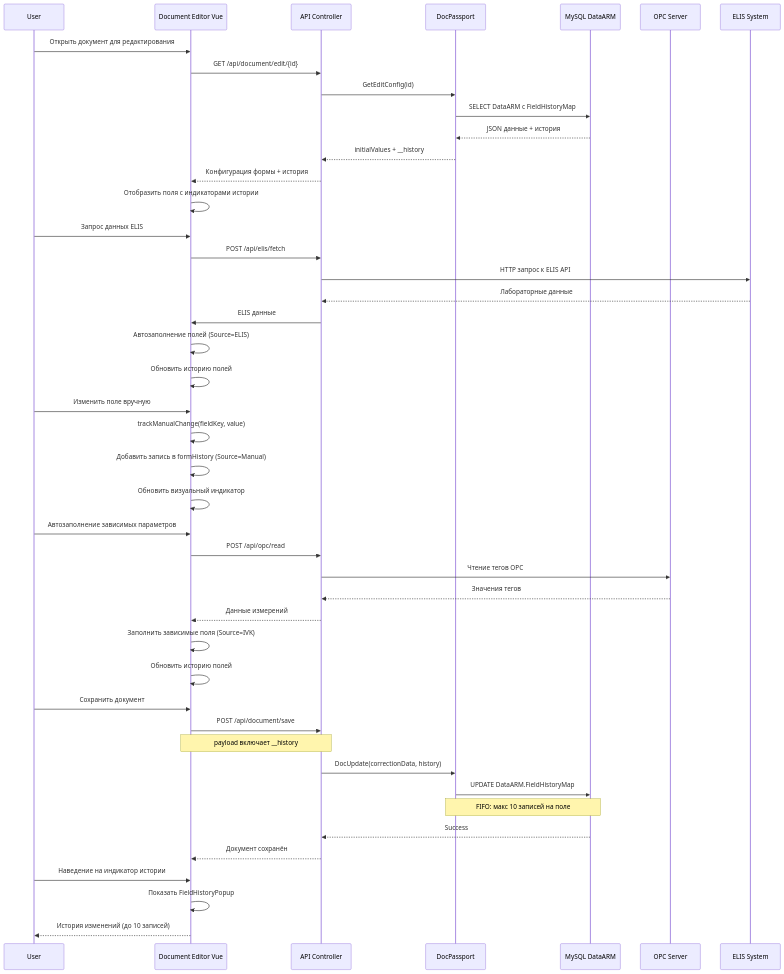
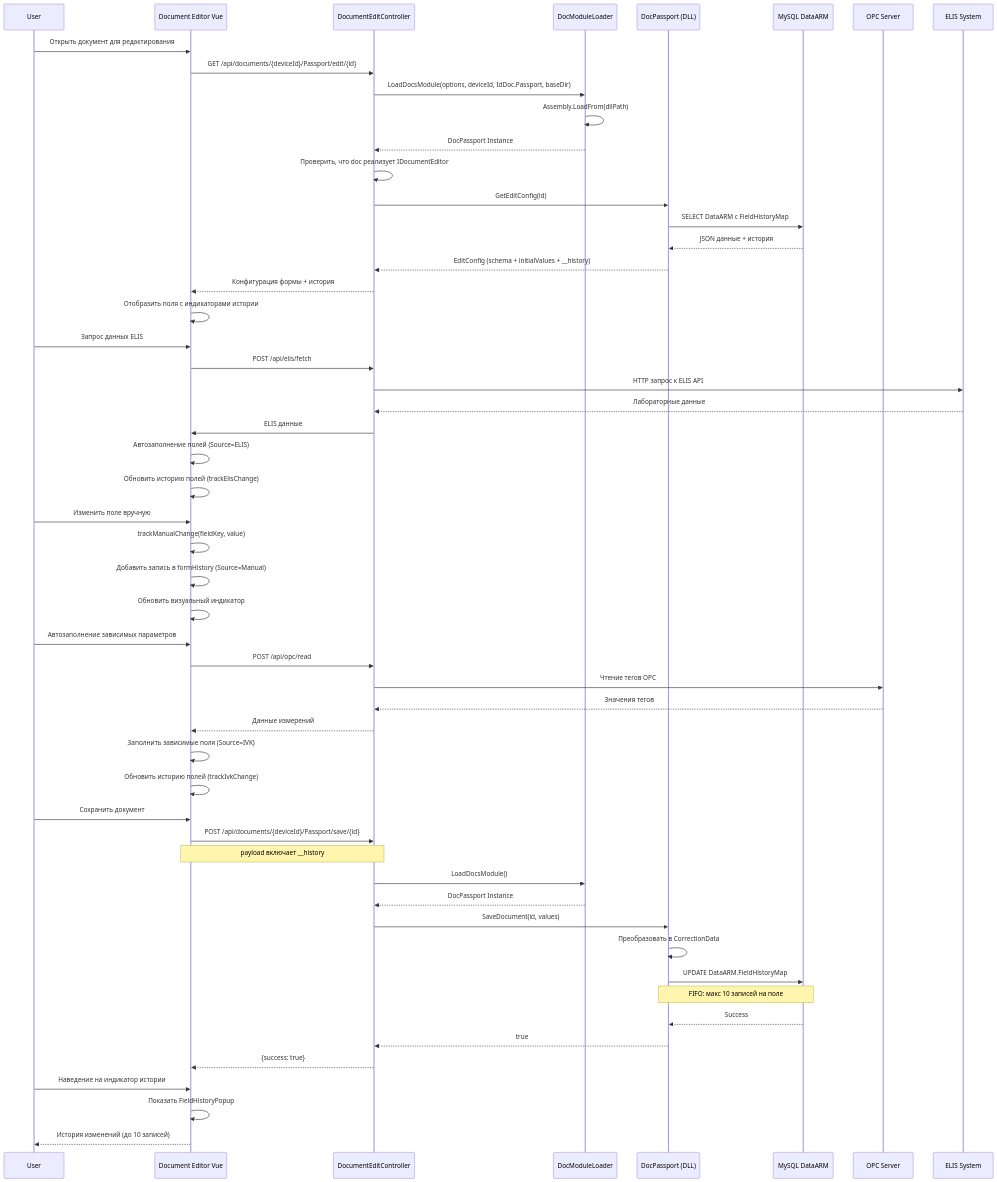
Before and after one commit to tn-ivk/tn-doc: the ninth of 18 diagrams in docs/architecture/overview.md, drawn with Mermaid. The commit also changed other lines of this file, not shown here.

First line of the commit message:
Актуализация архитектурной документации: устранены устаревшие ссылки на DocFactory и SignalR в Document Editor

````diff
--- a/docs/architecture/overview.md
+++ b/docs/architecture/overview.md
@@ -359,54 +405,63 @@
 ```mermaid
 sequenceDiagram
     participant User
     participant Editor as Document Editor Vue
-    participant API as API Controller
-    participant DocModule as DocPassport
+    participant API as DocumentEditController
+    participant DocModuleLoader
+    participant DocModule as DocPassport (DLL)
     participant DB as MySQL DataARM
     participant OPC as OPC Server
     participant ELIS as ELIS System
 
     User->>Editor: Открыть документ для редактирования
-    Editor->>API: GET /api/document/edit/{id}
+    Editor->>API: GET /api/documents/{deviceId}/Passport/edit/{id}
+    API->>DocModuleLoader: LoadDocsModule(options, deviceId, IdDoc.Passport, baseDir)
+    DocModuleLoader->>DocModuleLoader: Assembly.LoadFrom(dllPath)
+    DocModuleLoader-->>API: DocPassport Instance
+    API->>API: Проверить, что doc реализует IDocumentEditor
     API->>DocModule: GetEditConfig(id)
     DocModule->>DB: SELECT DataARM с FieldHistoryMap
     DB-->>DocModule: JSON данные + история
-    DocModule-->>API: initialValues + __history
+    DocModule-->>API: EditConfig (schema + initialValues + __history)
     API-->>Editor: Конфигурация формы + история
 
     Editor->>Editor: Отобразить поля с индикаторами истории
 
     User->>Editor: Запрос данных ELIS
     Editor->>API: POST /api/elis/fetch
     API->>ELIS: HTTP запрос к ELIS API
     ELIS-->>API: Лабораторные данные
     API->>Editor: ELIS данные
     Editor->>Editor: Автозаполнение полей (Source=ELIS)
-    Editor->>Editor: Обновить историю полей
+    Editor->>Editor: Обновить историю полей (trackElisChange)
 
     User->>Editor: Изменить поле вручную
     Editor->>Editor: trackManualChange(fieldKey, value)
     Editor->>Editor: Добавить запись в formHistory (Source=Manual)
     Editor->>Editor: Обновить визуальный индикатор
 
     User->>Editor: Автозаполнение зависимых параметров
     Editor->>API: POST /api/opc/read
     API->>OPC: Чтение тегов OPC
     OPC-->>API: Значения тегов
     API-->>Editor: Данные измерений
     Editor->>Editor: Заполнить зависимые поля (Source=IVK)
-    Editor->>Editor: Обновить историю полей
+    Editor->>Editor: Обновить историю полей (trackIvkChange)
 
     User->>Editor: Сохранить документ
-    Editor->>API: POST /api/document/save
+    Editor->>API: POST /api/documents/{deviceId}/Passport/save/{id}
     Note over Editor,API: payload включает __history
-    API->>DocModule: DocUpdate(correctionData, history)
+    API->>DocModuleLoader: LoadDocsModule()
+    DocModuleLoader-->>API: DocPassport Instance
+    API->>DocModule: SaveDocument(id, values)
+    DocModule->>DocModule: Преобразовать в CorrectionData
     DocModule->>DB: UPDATE DataARM.FieldHistoryMap
     Note over DocModule,DB: FIFO: макс 10 записей на поле
-    DB-->>API: Success
-    API-->>Editor: Документ сохранён
+    DB-->>DocModule: Success
+    DocModule-->>API: true
+    API-->>Editor: {success: true}
 
     User->>Editor: Наведение на индикатор истории
     Editor->>Editor: Показать FieldHistoryPopup
     Editor-->>User: История изменений (до 10 записей)
 ```
````
